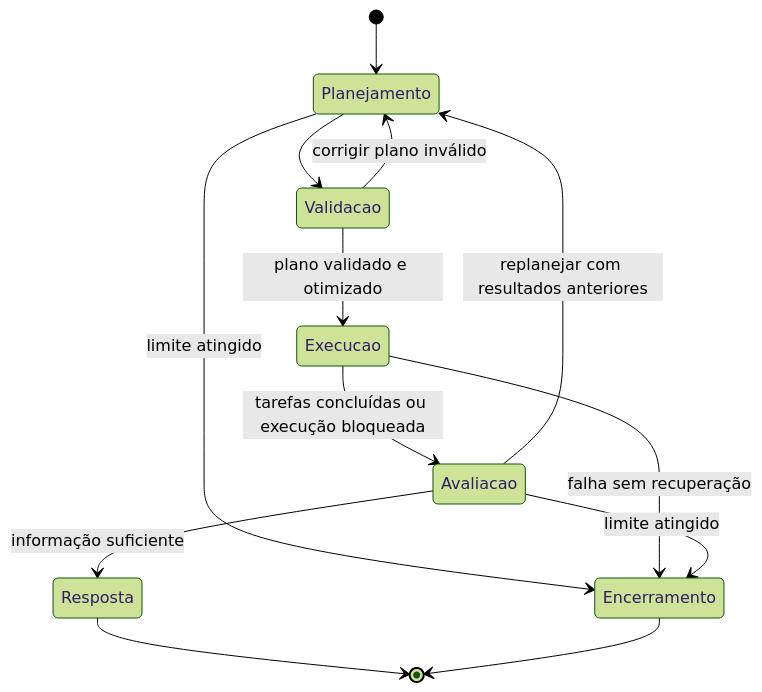
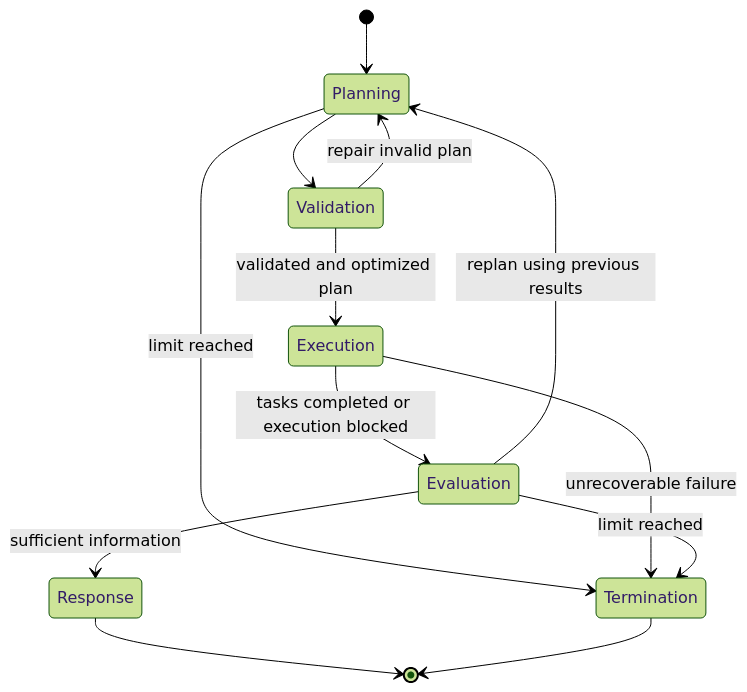
Before and after one commit to joaomadruga/AgentCompiler: the eighth of 10 diagrams in README.md, drawn with Mermaid (forest theme). The commit also changed other lines of this file and 4 other files, not shown here.

````diff
--- a/README.md
+++ b/README.md
@@ -173,15 +173,15 @@
 ```mermaid
 stateDiagram-v2
-    [*] --> Planejamento
-    Planejamento --> Validacao
-    Validacao --> Planejamento: corrigir plano inválido
-    Validacao --> Execucao: plano validado e otimizado
-    Execucao --> Avaliacao: tarefas concluídas ou execução bloqueada
-    Avaliacao --> Planejamento: replanejar com resultados anteriores
-    Avaliacao --> Resposta: informação suficiente
-    Resposta --> [*]
-    Planejamento --> Encerramento: limite atingido
-    Execucao --> Encerramento: falha sem recuperação
-    Avaliacao --> Encerramento: limite atingido
-    Encerramento --> [*]
+    [*] --> Planning
+    Planning --> Validation
+    Validation --> Planning: repair invalid plan
+    Validation --> Execution: validated and optimized plan
+    Execution --> Evaluation: tasks completed or execution blocked
+    Evaluation --> Planning: replan using previous results
+    Evaluation --> Response: sufficient information
+    Response --> [*]
+    Planning --> Termination: limit reached
+    Execution --> Termination: unrecoverable failure
+    Evaluation --> Termination: limit reached
+    Termination --> [*]
 ```
````
